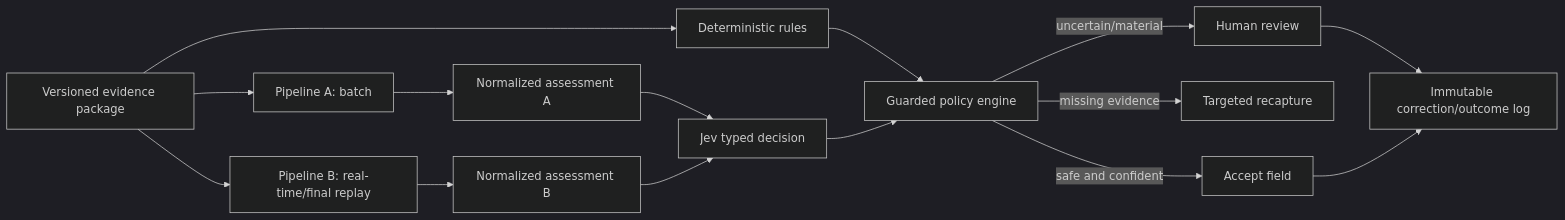
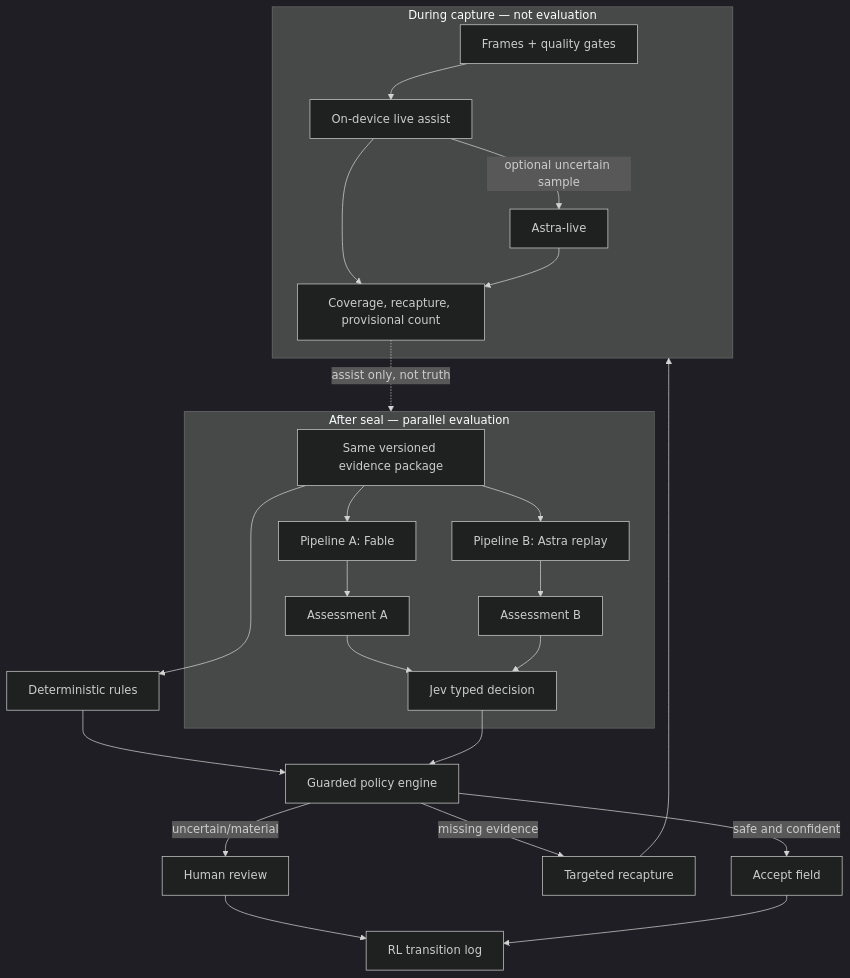
Before and after one commit to harshsinha-12/library-estimate: the fifth of 8 diagrams in FINAL-PLAN.md, drawn with Mermaid (dark theme). The commit also changed other lines of this file, not shown here.

Commit message:
Refine FINAL-PLAN.md with detailed comparisons of model pipelines, explicit capture methods, and structured scope adjustments. Clarify deviations from initial requirements and emphasize the use of Bing search for price discovery, alongside a staged RL loop for model training.

````diff
--- a/FINAL-PLAN.md
+++ b/FINAL-PLAN.md
@@ -567,17 +780,29 @@
 ```mermaid
-flowchart LR
-  E["Versioned evidence package"] --> A["Pipeline A: batch"]
-  E --> B["Pipeline B: real-time/final replay"]
-  A --> N["Normalized assessment A"]
-  B --> M["Normalized assessment B"]
-  N --> J["Jev typed decision"]
-  M --> J
+flowchart TB
+  subgraph Capture["During capture — not evaluation"]
+    F["Frames + quality gates"] --> OD["On-device live assist"]
+    OD -->|optional uncertain sample| AL["Astra-live"]
+    OD --> UI["Coverage, recapture, provisional count"]
+    AL --> UI
+  end
+
+  subgraph Eval["After seal — parallel evaluation"]
+    E["Same versioned evidence package"] --> A["Pipeline A: Fable"]
+    E --> B["Pipeline B: Astra replay"]
+    A --> NA["Assessment A"]
+    B --> NB["Assessment B"]
+    NA --> J["Jev typed decision"]
+    NB --> J
+  end
+
+  UI -.->|assist only, not truth| Eval
   E --> R["Deterministic rules"]
   R --> P["Guarded policy engine"]
   J --> P
   P -->|safe and confident| AC["Accept field"]
   P -->|missing evidence| RC["Targeted recapture"]
   P -->|uncertain/material| H["Human review"]
-  H --> L["Immutable correction/outcome log"]
+  H --> L["RL transition log"]
   AC --> L
+  RC --> Capture
 ```
````
